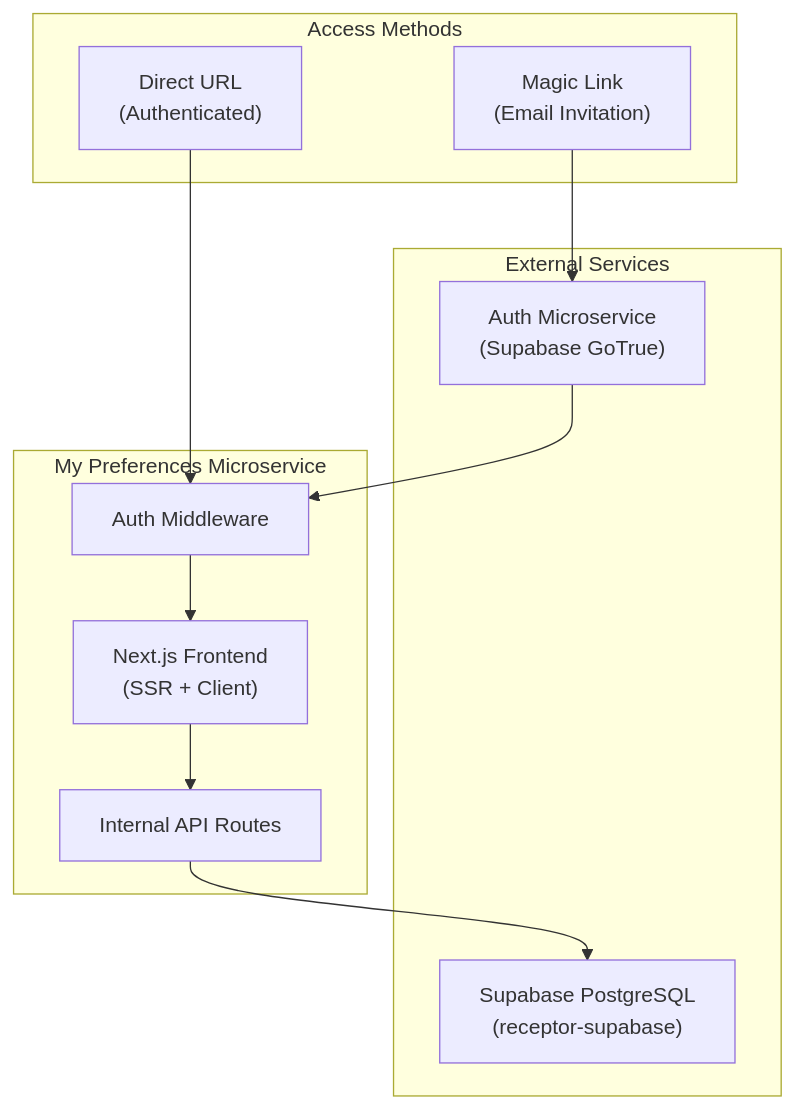
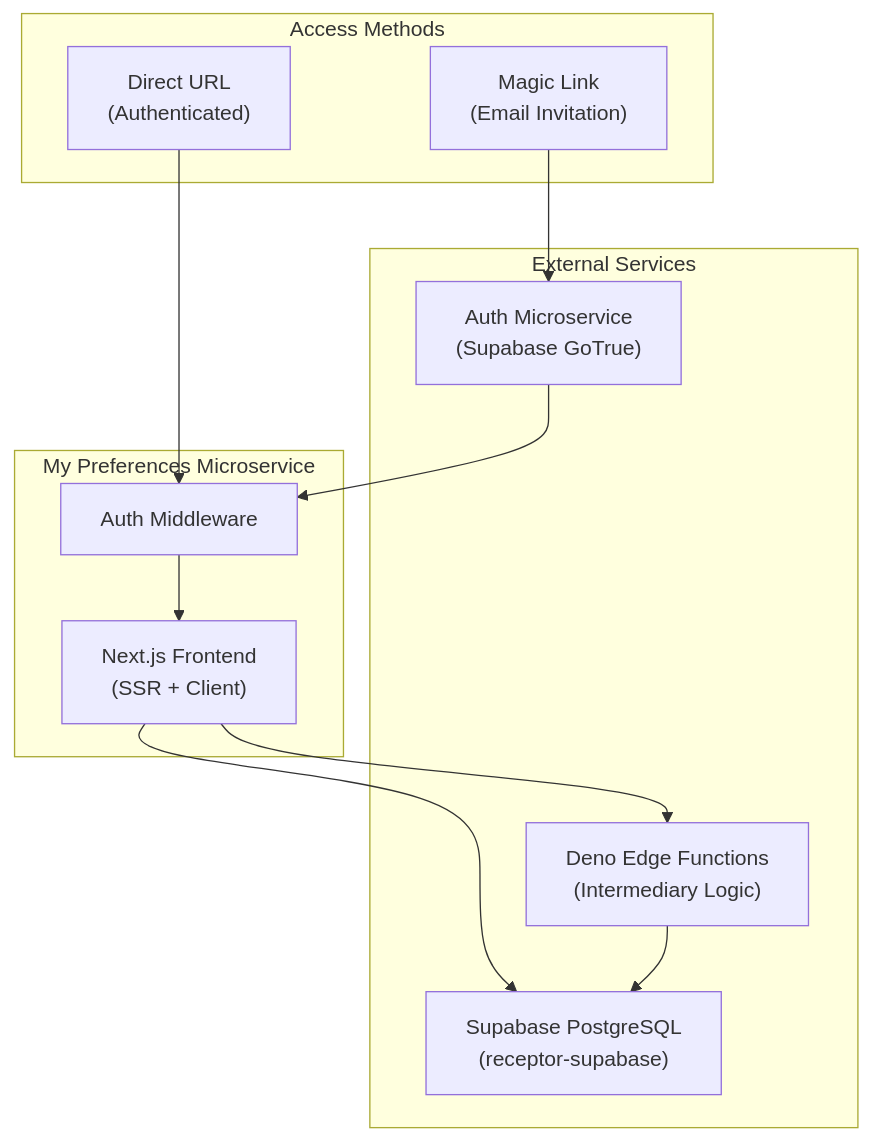
The second of 4 diagrams in docs/projects/core-suite/preferencer-frontend.md (dm-ra-01/doco-receptor-ecosystem), drawn with Mermaid before and after one commit. The commit also changed other lines of this file, not shown here.

````diff
--- a/docs/projects/core-suite/preferencer-frontend.md
+++ b/docs/projects/core-suite/preferencer-frontend.md
@@ -56,25 +62,26 @@
 ```mermaid
 flowchart TD
     subgraph External["External Services"]
         AUTH["Auth Microservice<br/>(Supabase GoTrue)"]
         DB["Supabase PostgreSQL<br/>(receptor-supabase)"]
+        FUNCTIONS["Deno Edge Functions<br/>(Intermediary Logic)"]
     end
     
     subgraph MyPrefs["My Preferences Microservice"]
         FE["Next.js Frontend<br/>(SSR + Client)"]
         MW["Auth Middleware"]
-        API["Internal API Routes"]
     end
     
     subgraph Access["Access Methods"]
         LINK["Magic Link<br/>(Email Invitation)"]
         DIRECT["Direct URL<br/>(Authenticated)"]
     end
     
     LINK --> AUTH
     DIRECT --> MW
     AUTH --> MW
     MW --> FE
-    FE --> API
-    API --> DB
+    FE --> DB
+    FE --> FUNCTIONS
+    FUNCTIONS --> DB
 ```
````
